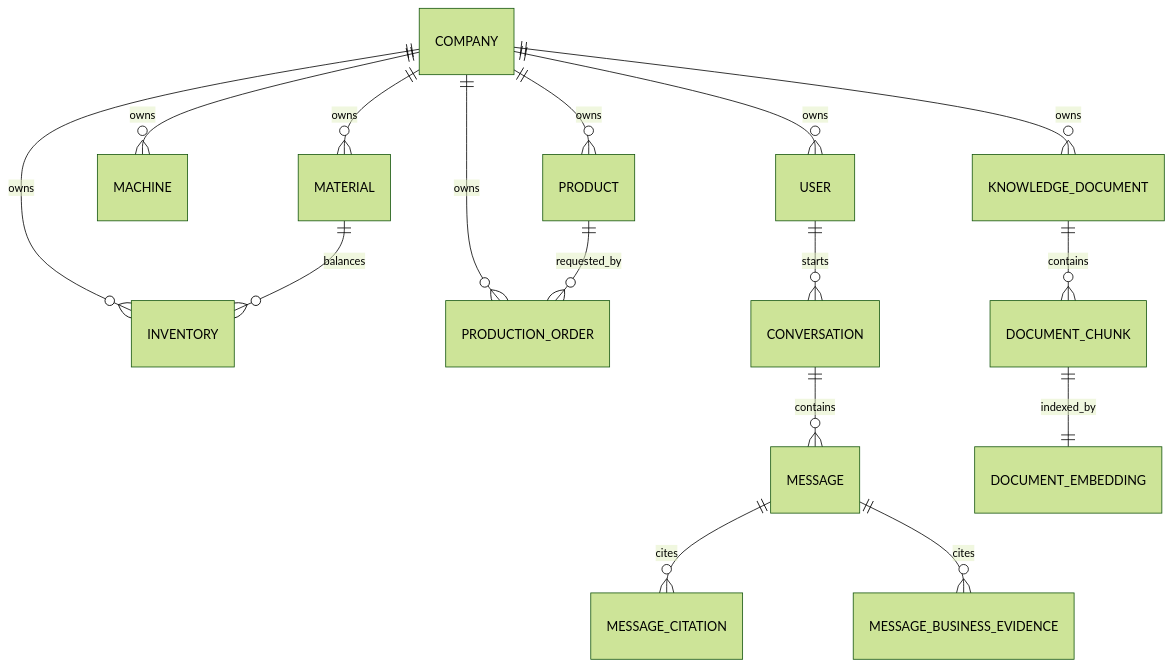
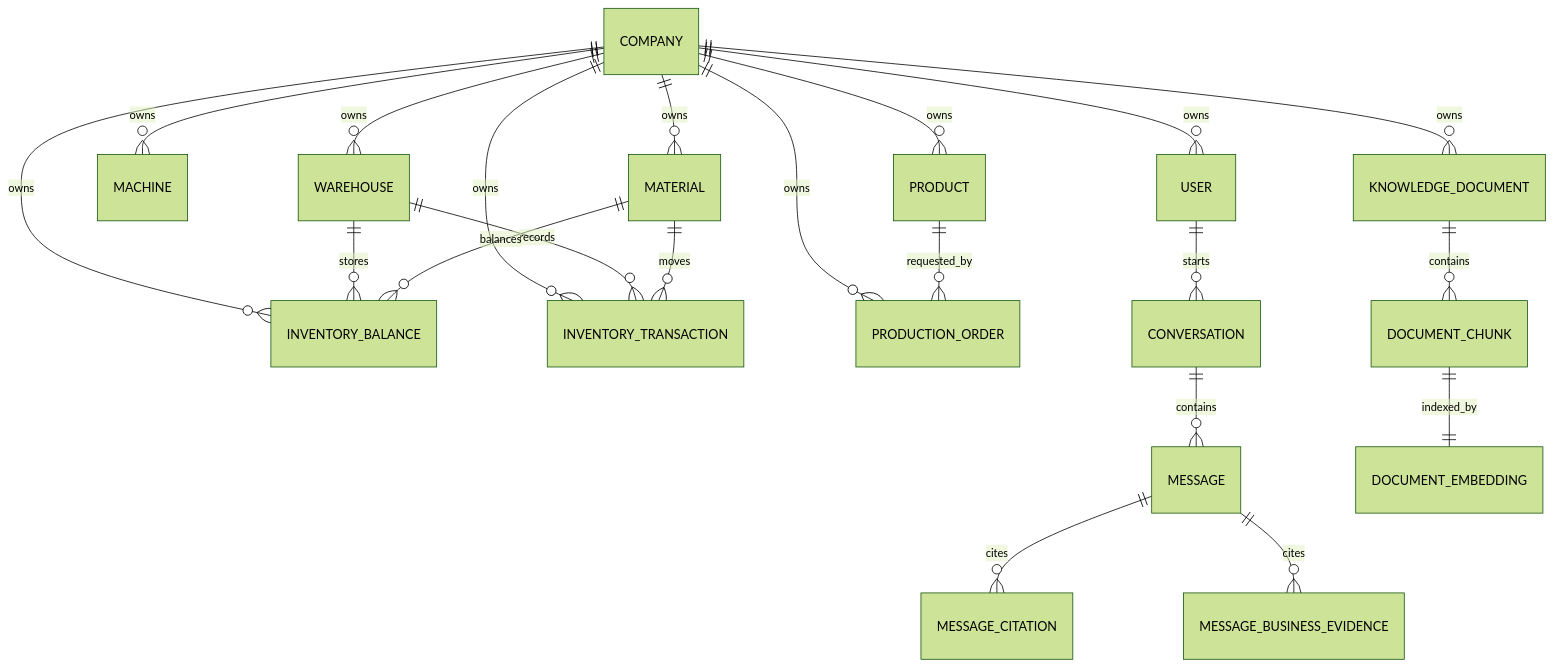
The fifth of 5 diagrams in README.md (johnvo402/factory-mind), drawn with Mermaid (forest theme) before and after one commit. The commit also changed other lines of this file and 79 other files, not shown here.

First line of the commit message:
feat: Introduce warehouse inventory ledger with migration and repository implementation

````diff
--- a/README.md
+++ b/README.md
@@ -254,18 +254,23 @@
 ```mermaid
 erDiagram
     COMPANY ||--o{ USER : owns
     COMPANY ||--o{ MACHINE : owns
     COMPANY ||--o{ MATERIAL : owns
     COMPANY ||--o{ PRODUCT : owns
-    COMPANY ||--o{ INVENTORY : owns
+    COMPANY ||--o{ WAREHOUSE : owns
+    COMPANY ||--o{ INVENTORY_BALANCE : owns
+    COMPANY ||--o{ INVENTORY_TRANSACTION : owns
     COMPANY ||--o{ PRODUCTION_ORDER : owns
-    MATERIAL ||--o{ INVENTORY : balances
+    WAREHOUSE ||--o{ INVENTORY_BALANCE : stores
+    WAREHOUSE ||--o{ INVENTORY_TRANSACTION : records
+    MATERIAL ||--o{ INVENTORY_BALANCE : balances
+    MATERIAL ||--o{ INVENTORY_TRANSACTION : moves
     PRODUCT ||--o{ PRODUCTION_ORDER : requested_by
     USER ||--o{ CONVERSATION : starts
     CONVERSATION ||--o{ MESSAGE : contains
     MESSAGE ||--o{ MESSAGE_CITATION : cites
     MESSAGE ||--o{ MESSAGE_BUSINESS_EVIDENCE : cites
     COMPANY ||--o{ KNOWLEDGE_DOCUMENT : owns
     KNOWLEDGE_DOCUMENT ||--o{ DOCUMENT_CHUNK : contains
     DOCUMENT_CHUNK ||--|| DOCUMENT_EMBEDDING : indexed_by
 ```
````
